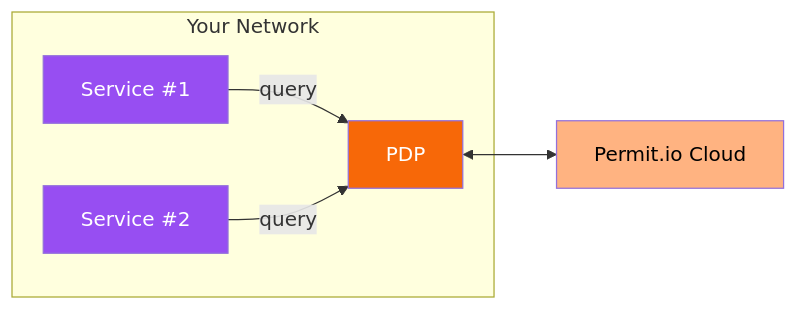
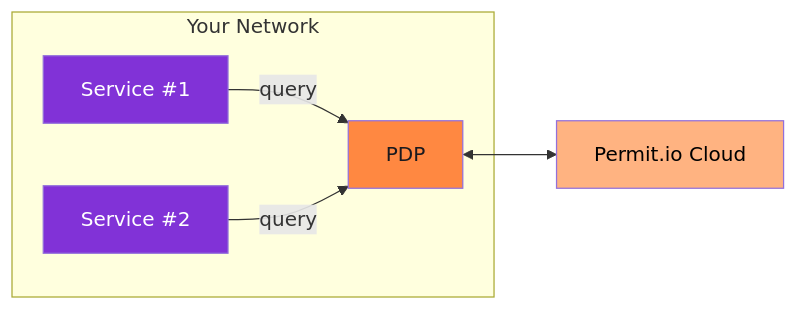
One commit to permitio/docs changed the second of 3 diagrams in docs/concepts/pdp/overview.mdx. Above: the diagram before and after it, drawn with Mermaid. The commit also changed other lines of this file and 528 other files, not shown here.

````diff
--- a/docs/concepts/pdp/overview.mdx
+++ b/docs/concepts/pdp/overview.mdx
@@ -285,16 +286,16 @@
 ```mermaid
 flowchart LR
     subgraph Your Network
         pdp[PDP]
         app1[Service #1] -- query --> pdp
         app2[Service #2] -- query --> pdp
     end
 
     cloud[Permit.io Cloud]
     pdp <--> cloud
 
     style cloud fill:#ffb381,color:#000;
-    style app1 fill:#974ef2,color:#fff;
-    style app2 fill:#974ef2,color:#fff;
-    style pdp fill:#f76808,color:#fff;
+    style app1 fill:#8132d7,color:#fff;
+    style app2 fill:#8132d7,color:#fff;
+    style pdp fill:#ff8841,color:#1a1a1f;
 ```
````
